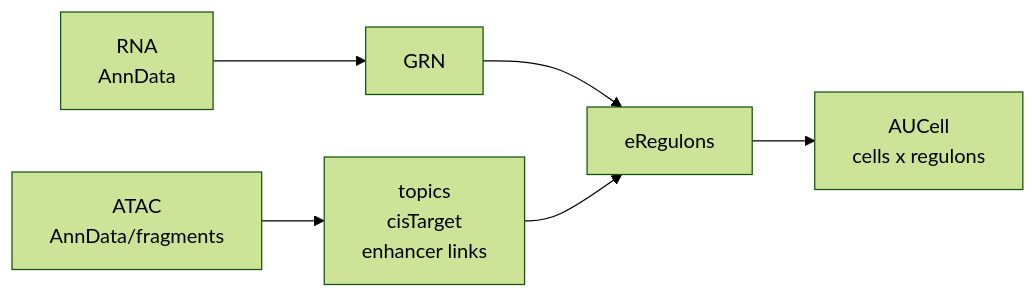
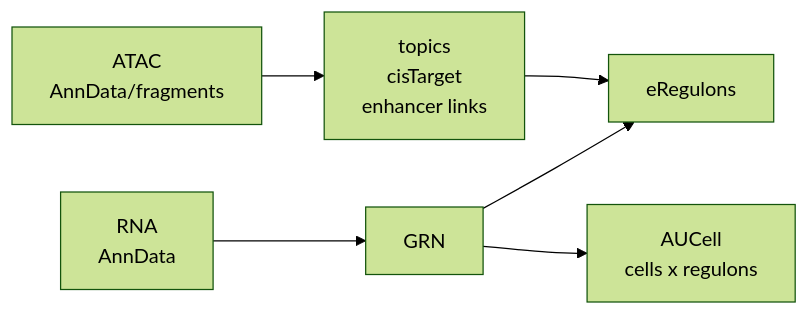
One commit to lmVl12/rustscenic changed the diagram in README.md. Above: the diagram before and after it, drawn with Mermaid (forest theme). The commit also changed other lines of this file and 1 other file, not shown here.

````diff
--- a/README.md
+++ b/README.md
@@ -18,8 +18,8 @@
 ```mermaid
 flowchart LR
     rna["RNA<br/>AnnData"] --> grn["GRN"]
     atac["ATAC<br/>AnnData/fragments"] --> chrom["topics<br/>cisTarget<br/>enhancer links"]
     grn --> ereg["eRegulons"]
     chrom --> ereg
-    ereg --> auc["AUCell<br/>cells x regulons"]
+    grn --> auc["AUCell<br/>cells x regulons"]
 ```
````
